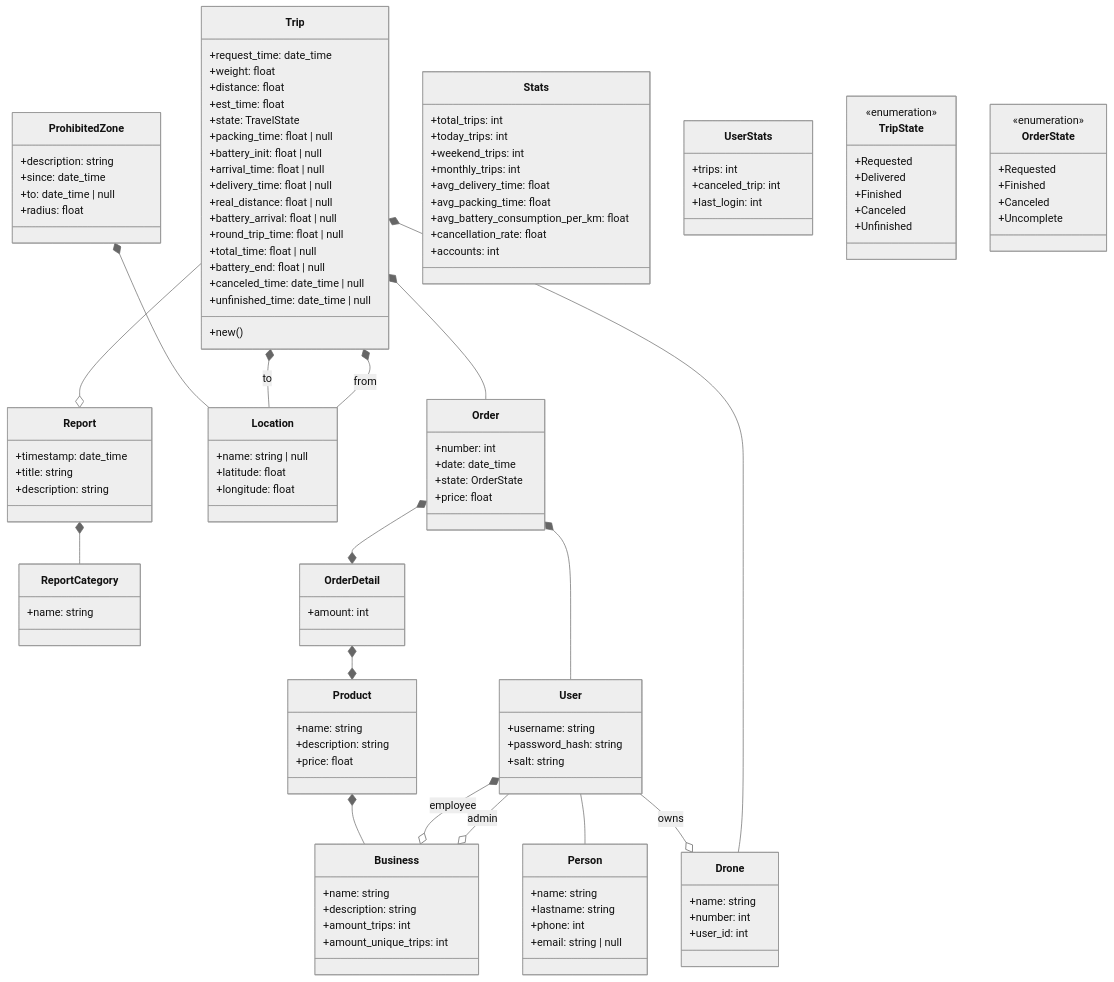
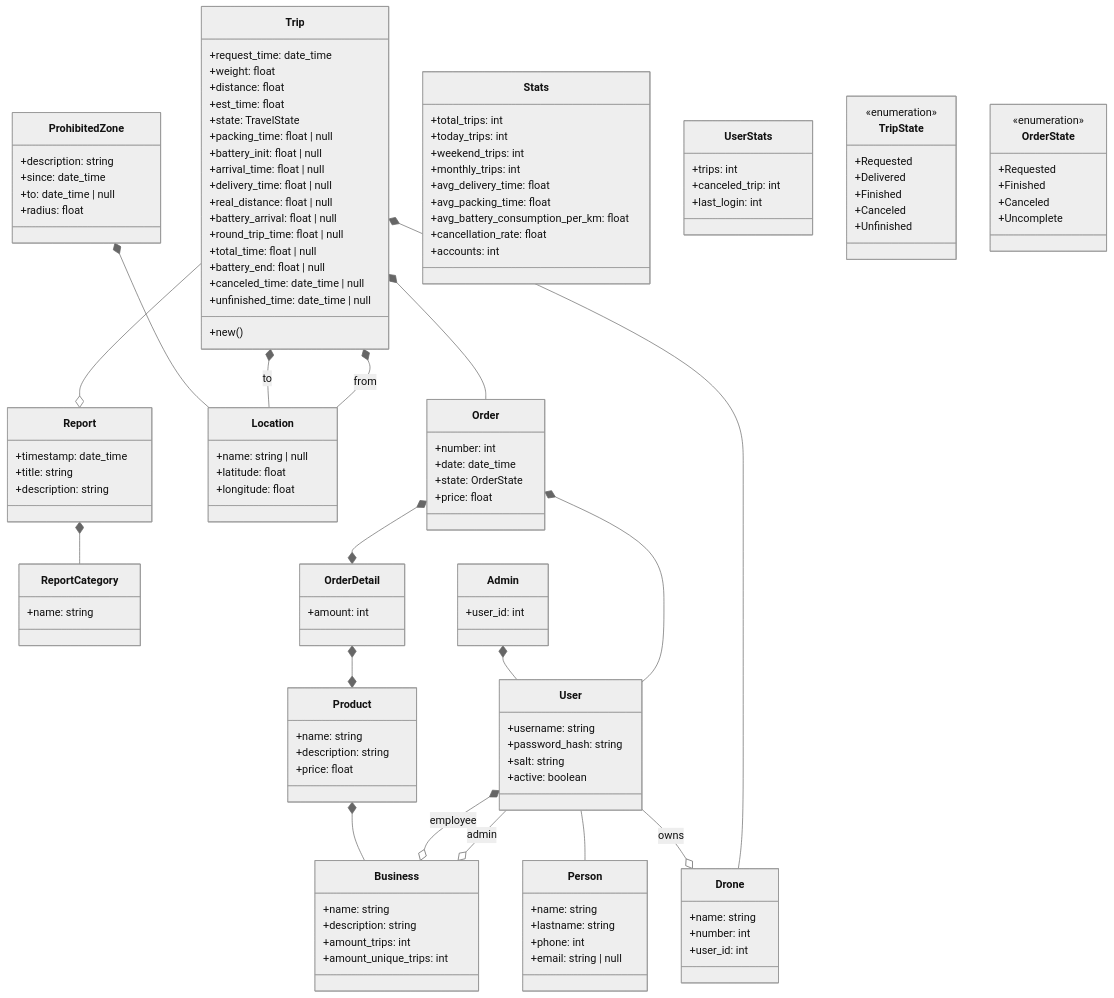
One commit to vector-sur/backend changed the first of 2 diagrams in README.md. Above: the diagram before and after it, drawn with Mermaid (neutral theme). The commit also changed 7 other files, not shown here.

```diff
--- a/README.md
+++ b/README.md
@@ -20,6 +20,7 @@
     Order *--* OrderDetail
     OrderDetail *--* Product
     User -- Person
+    Admin *-- User
 
     class Person {
         +name: string
@@ -112,6 +113,11 @@
       +username: string
       +password_hash: string
       +salt: string
+      +active: boolean
+    }
+
+    class Admin {
+      +user_id: int
     }
 
     class Drone {
```
